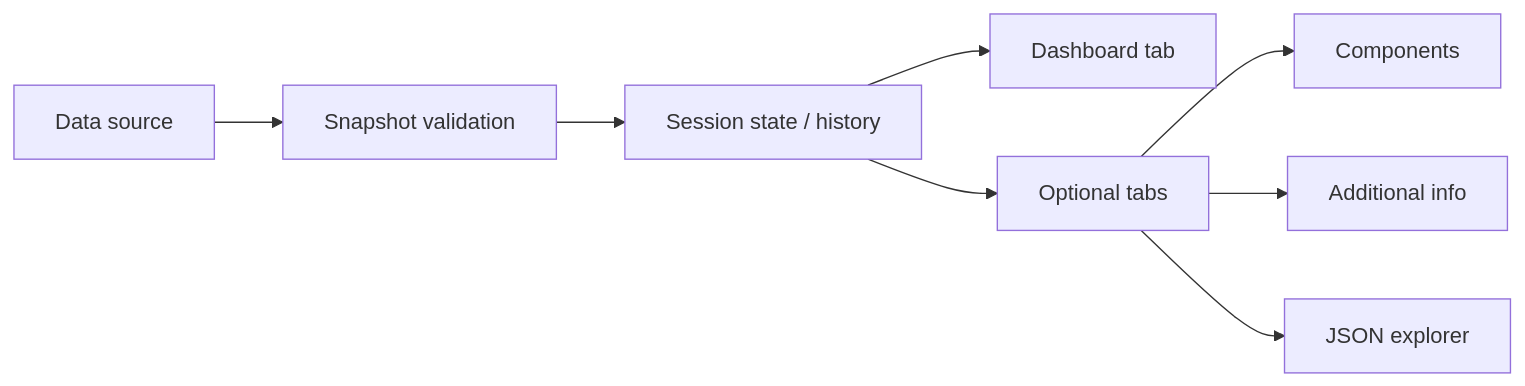
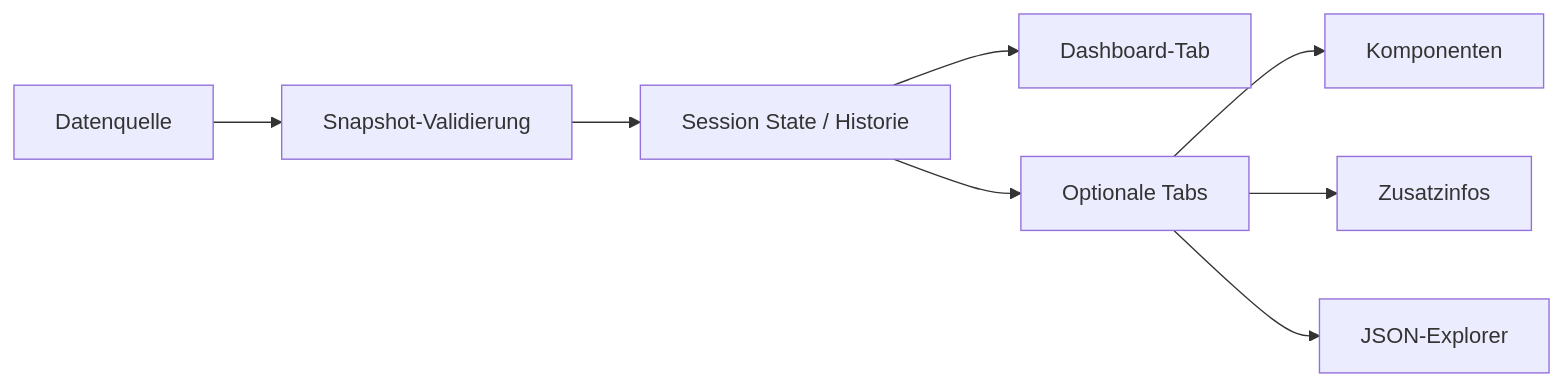
One commit to BengtRademacher/Energy_Monitoring changed the diagram in README.md. Above: the diagram before and after it, drawn with Mermaid. The commit also changed other lines of this file, not shown here.

````diff
--- a/README.md
+++ b/README.md
@@ -34,10 +34,10 @@
 ```mermaid
 flowchart LR
-    A["Data source"] --> B["Snapshot validation"]
-    B --> C["Session state / history"]
-    C --> D["Dashboard tab"]
-    C --> E["Optional tabs"]
-    E --> F["Components"]
-    E --> G["Additional info"]
-    E --> H["JSON explorer"]
+    A["Datenquelle"] --> B["Snapshot-Validierung"]
+    B --> C["Session State / Historie"]
+    C --> D["Dashboard-Tab"]
+    C --> E["Optionale Tabs"]
+    E --> F["Komponenten"]
+    E --> G["Zusatzinfos"]
+    E --> H["JSON-Explorer"]
 ```
````
